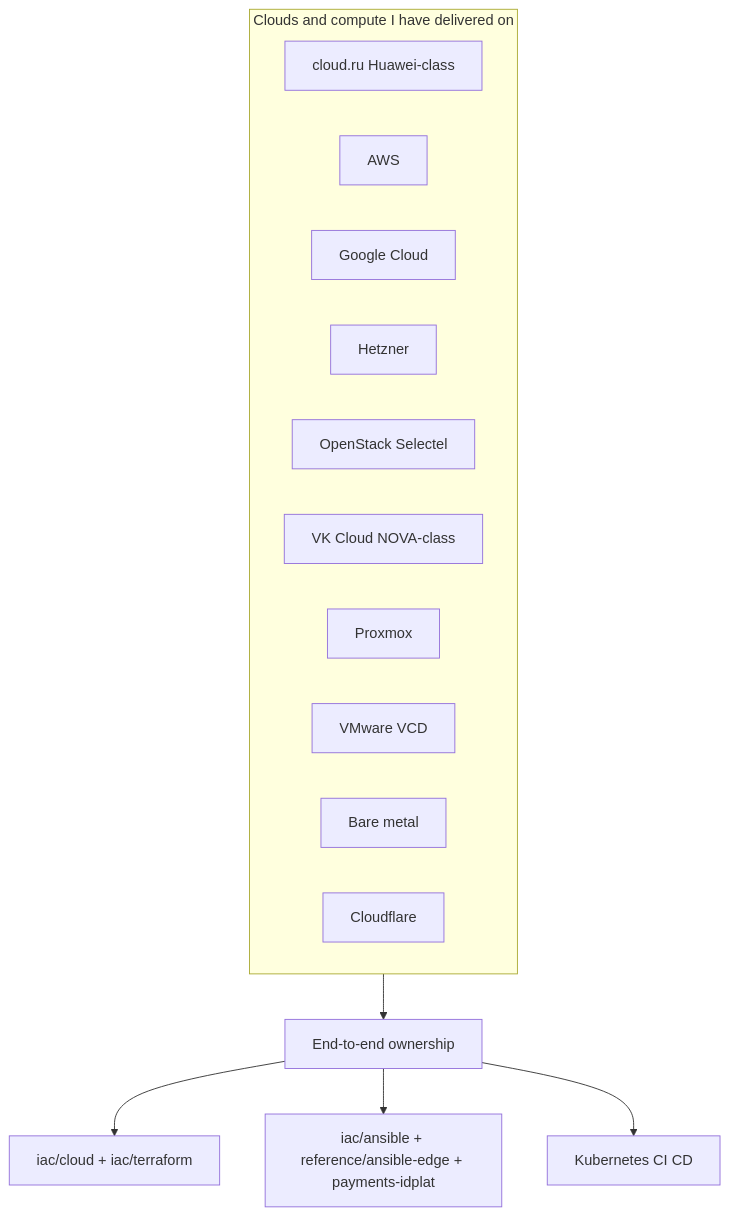
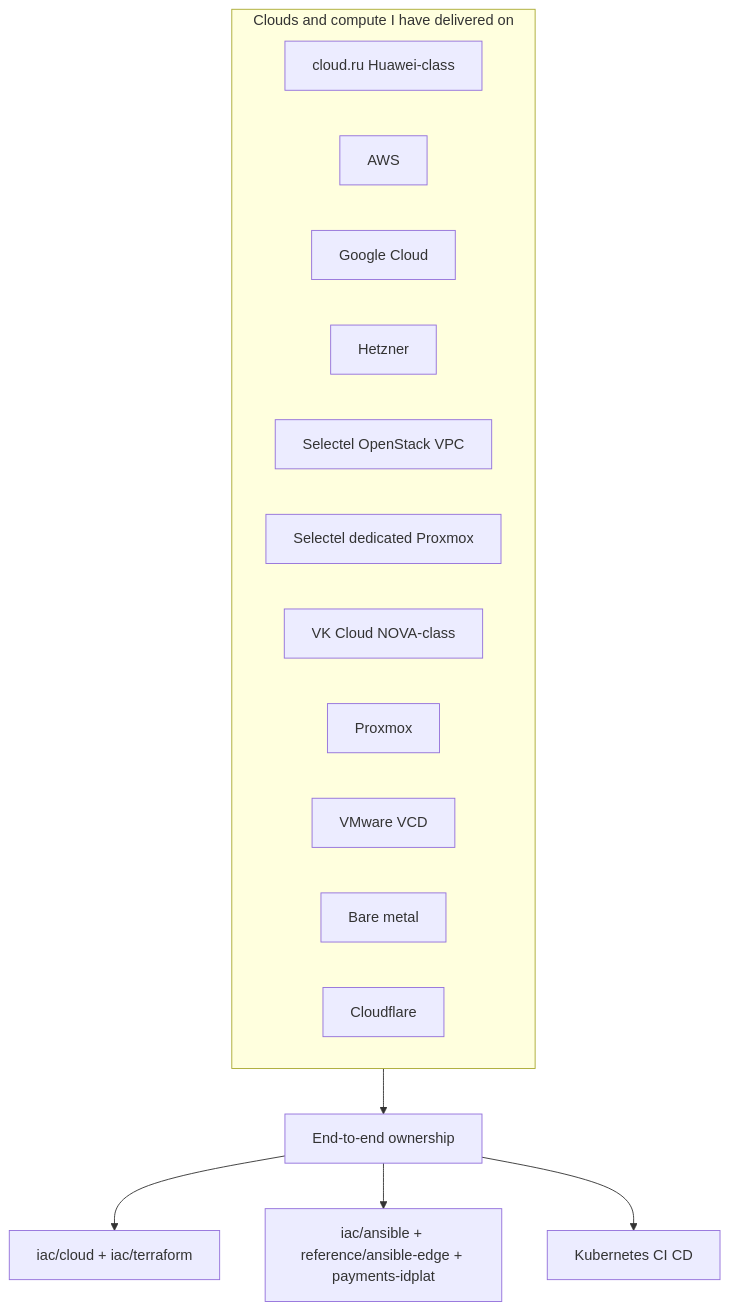
One commit to NarberallGamma/narberall-platform-engineer-lab changed the first of 4 diagrams in README.md. Above: the diagram before and after it, drawn with Mermaid. The commit also changed other lines of this file and 33 other files, not shown here.

First line of the commit message:
Add Selectel VPC and dedicated Proxmox slices with a cloud coverage map.

````diff
--- a/README.md
+++ b/README.md
@@ -69,19 +71,20 @@
 ```mermaid
 flowchart TB
   subgraph clouds [Clouds and compute I have delivered on]
     CR[cloud.ru Huawei-class]
     AWS[AWS]
     GCP[Google Cloud]
     HZ[Hetzner]
-    OS[OpenStack Selectel]
+    OS[Selectel OpenStack VPC]
+    SELD[Selectel dedicated Proxmox]
     VK[VK Cloud NOVA-class]
     PX[Proxmox]
     VM[VMware VCD]
     BM[Bare metal]
     CF[Cloudflare]
   end
   clouds --> Own[End-to-end ownership]
   Own --> IaC[iac/cloud + iac/terraform]
   Own --> ANS[iac/ansible + reference/ansible-edge + payments-idplat]
   Own --> K8s[Kubernetes CI CD]
 ```
````
